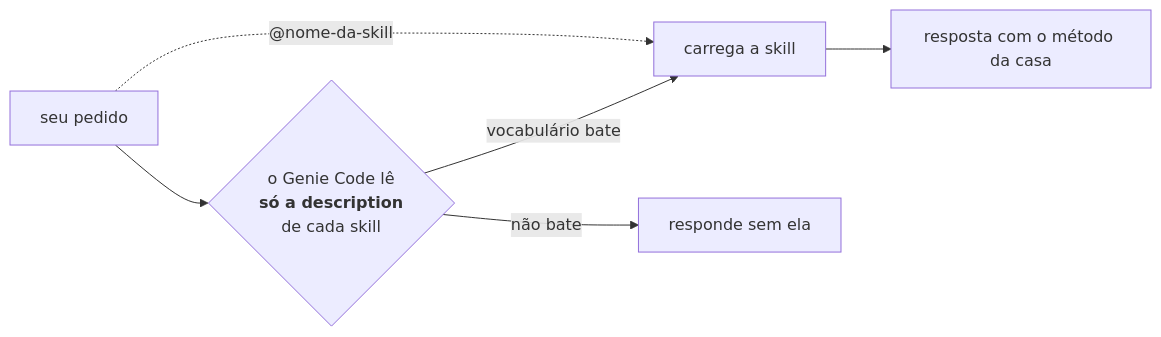
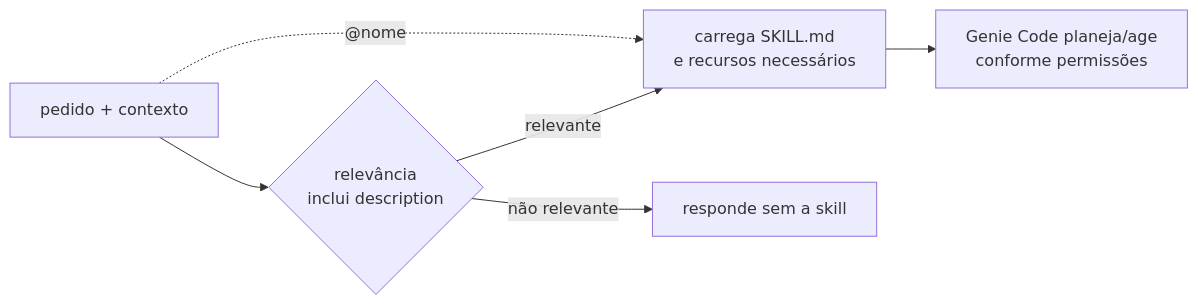
The diagram in Novo_Ambiente_Simulado/Users/usuario-free/.assistant/skills/README.md (Guimarais-R-Rodrigo/Ambiente_Databricks), drawn with Mermaid before and after one commit. The commit also changed other lines of this file and 32 other files, not shown here.

````diff
--- a/Novo_Ambiente_Simulado/Users/usuario-free/.assistant/skills/README.md
+++ b/Novo_Ambiente_Simulado/Users/usuario-free/.assistant/skills/README.md
@@ -25,8 +12,8 @@
 ```mermaid
 flowchart LR
-  P["seu pedido"] --> D{"o Genie Code lê<br/><b>só a description</b><br/>de cada skill"}
-  D -->|"vocabulário bate"| C["carrega a skill"]
-  D -->|"não bate"| N["responde sem ela"]
-  P -.->|"@nome-da-skill"| C
-  C --> R["resposta com o método da casa"]
+  P["pedido + contexto"] --> R{"relevância<br/>inclui description"}
+  R -->|"relevante"| L["carrega SKILL.md<br/>e recursos necessários"]
+  R -->|"não relevante"| G["responde sem a skill"]
+  P -.->|"@nome"| L
+  L --> A["Genie Code planeja/age<br/>conforme permissões"]
 ```
````
